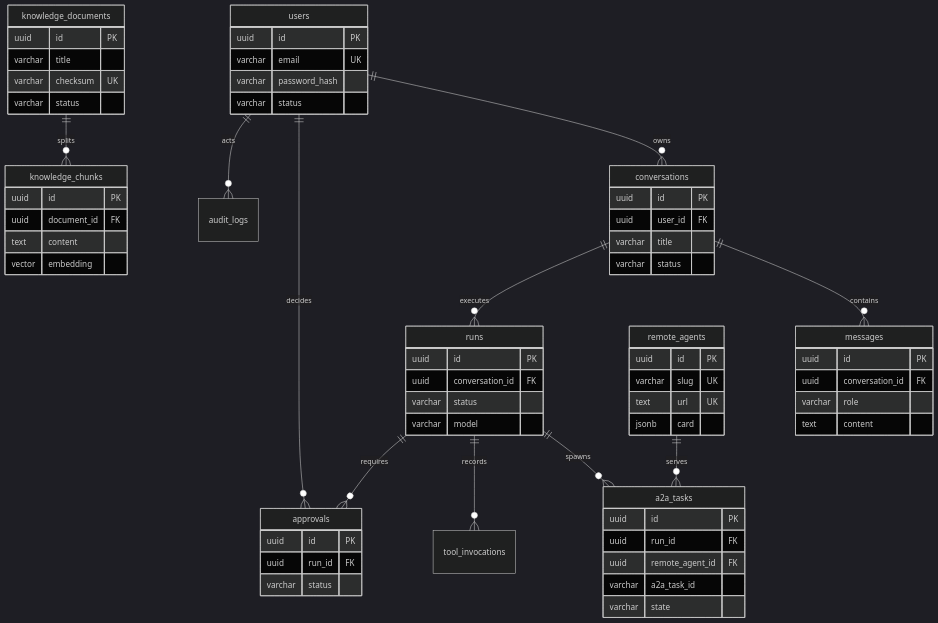
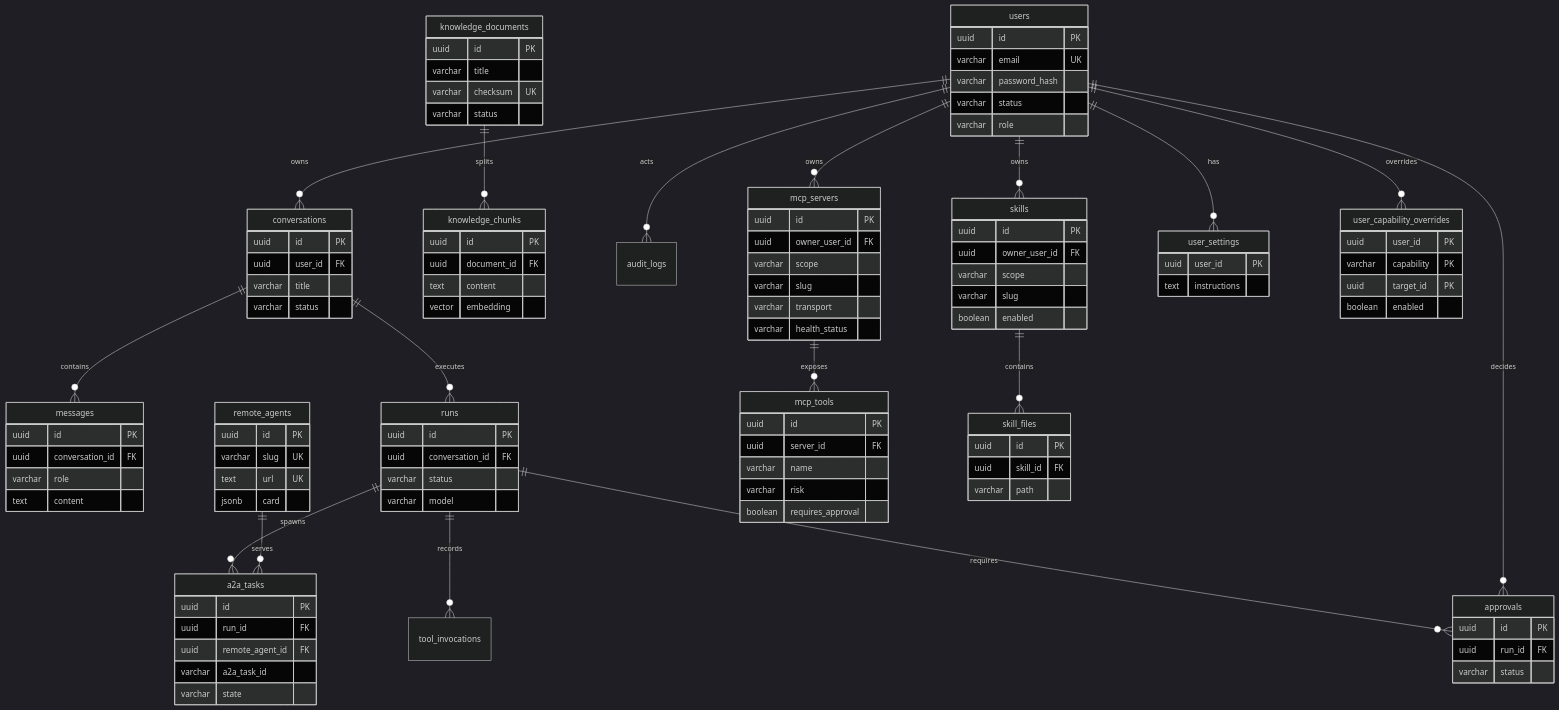
One commit to notsocold/agent-hub changed the diagram in docs/database.md. Above: the diagram before and after it, drawn with Mermaid (dark theme). The commit also changed other lines of this file and 20 other files, not shown here.

````diff
--- a/docs/database.md
+++ b/docs/database.md
@@ -49,12 +49,19 @@
     knowledge_documents ||--o{ knowledge_chunks : splits
     users ||--o{ approvals : decides
     users ||--o{ audit_logs : acts
+    users ||--o{ mcp_servers : owns
+    mcp_servers ||--o{ mcp_tools : exposes
+    users ||--o{ skills : owns
+    skills ||--o{ skill_files : contains
+    users ||--o{ user_settings : has
+    users ||--o{ user_capability_overrides : overrides
 
     users {
         uuid id PK
         varchar email UK
         varchar password_hash
         varchar status
+        varchar role
     }
     conversations {
         uuid id PK
@@ -104,4 +111,41 @@
         uuid run_id FK
         varchar status
     }
+    mcp_servers {
+        uuid id PK
+        uuid owner_user_id FK
+        varchar scope
+        varchar slug
+        varchar transport
+        varchar health_status
+    }
+    mcp_tools {
+        uuid id PK
+        uuid server_id FK
+        varchar name
+        varchar risk
+        boolean requires_approval
+    }
+    skills {
+        uuid id PK
+        uuid owner_user_id FK
+        varchar scope
+        varchar slug
+        boolean enabled
+    }
+    skill_files {
+        uuid id PK
+        uuid skill_id FK
+        varchar path
+    }
+    user_settings {
+        uuid user_id PK
+        text instructions
+    }
+    user_capability_overrides {
+        uuid user_id PK
+        varchar capability PK
+        uuid target_id PK
+        boolean enabled
+    }
 ```
````
